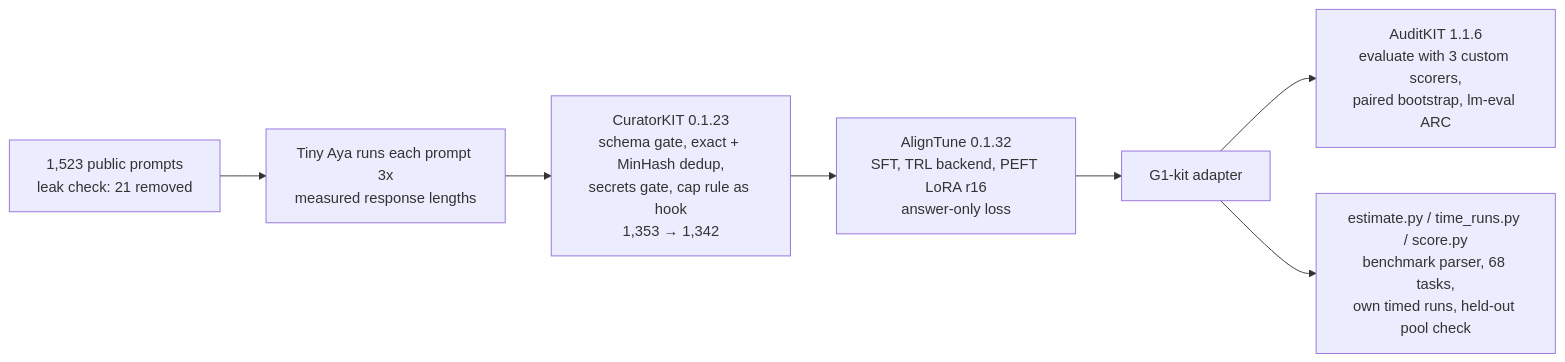
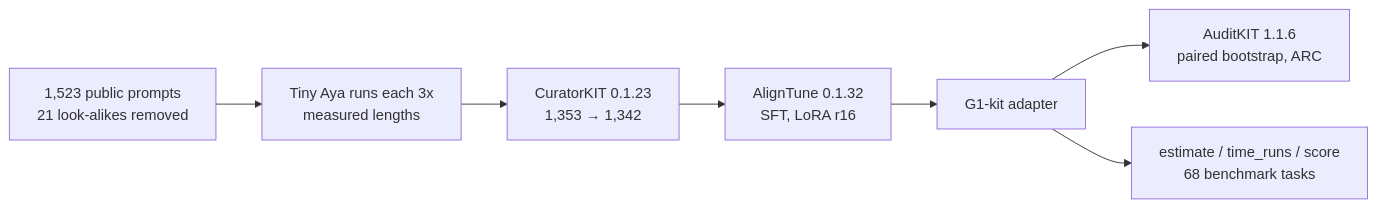
Before and after one commit to isHeSatoshi/anthropochrony: the diagram in paper/article.md, drawn with Mermaid. The commit also changed other lines of this file and 1 other file, not shown here.

Commit message:
Shorten write-up and README check section

````diff
--- a/paper/article.md
+++ b/paper/article.md
@@ -70,9 +54,9 @@
 ```mermaid
 flowchart LR
-  A[1,523 public prompts<br/>leak check: 21 removed] --> B[Tiny Aya runs each prompt 3x<br/>measured response lengths]
-  B --> C[CuratorKIT 0.1.23<br/>schema gate, exact + MinHash dedup,<br/>secrets gate, cap rule as hook<br/>1,353 → 1,342]
-  C --> D[AlignTune 0.1.32<br/>SFT, TRL backend, PEFT LoRA r16<br/>answer-only loss]
+  A[1,523 public prompts<br/>21 look-alikes removed] --> B[Tiny Aya runs each 3x<br/>measured lengths]
+  B --> C[CuratorKIT 0.1.23<br/>1,353 → 1,342]
+  C --> D[AlignTune 0.1.32<br/>SFT, LoRA r16]
   D --> E[G1-kit adapter]
-  E --> F[AuditKIT 1.1.6<br/>evaluate with 3 custom scorers,<br/>paired bootstrap, lm-eval ARC]
-  E --> G[estimate.py / time_runs.py / score.py<br/>benchmark parser, 68 tasks,<br/>own timed runs, held-out pool check]
+  E --> F[AuditKIT 1.1.6<br/>paired bootstrap, ARC]
+  E --> G[estimate / time_runs / score<br/>68 benchmark tasks]
 ```
````
